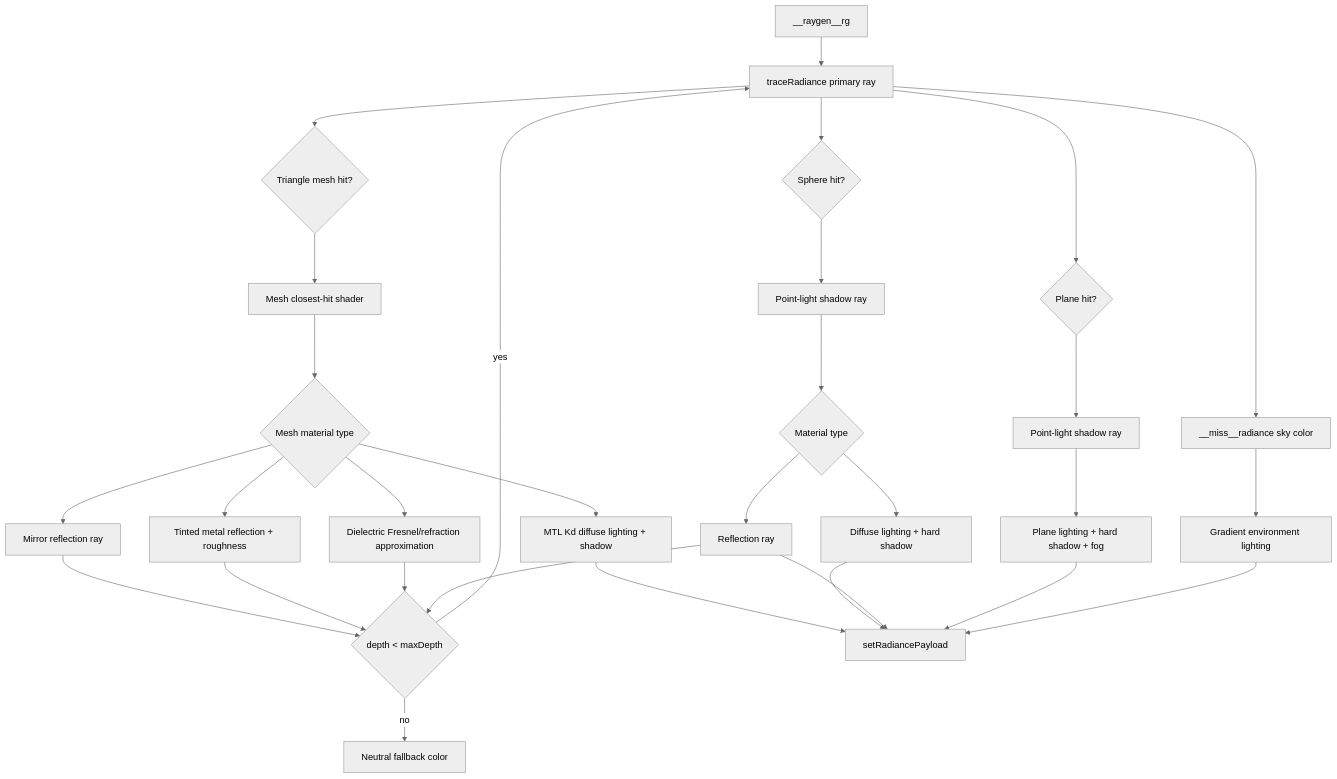
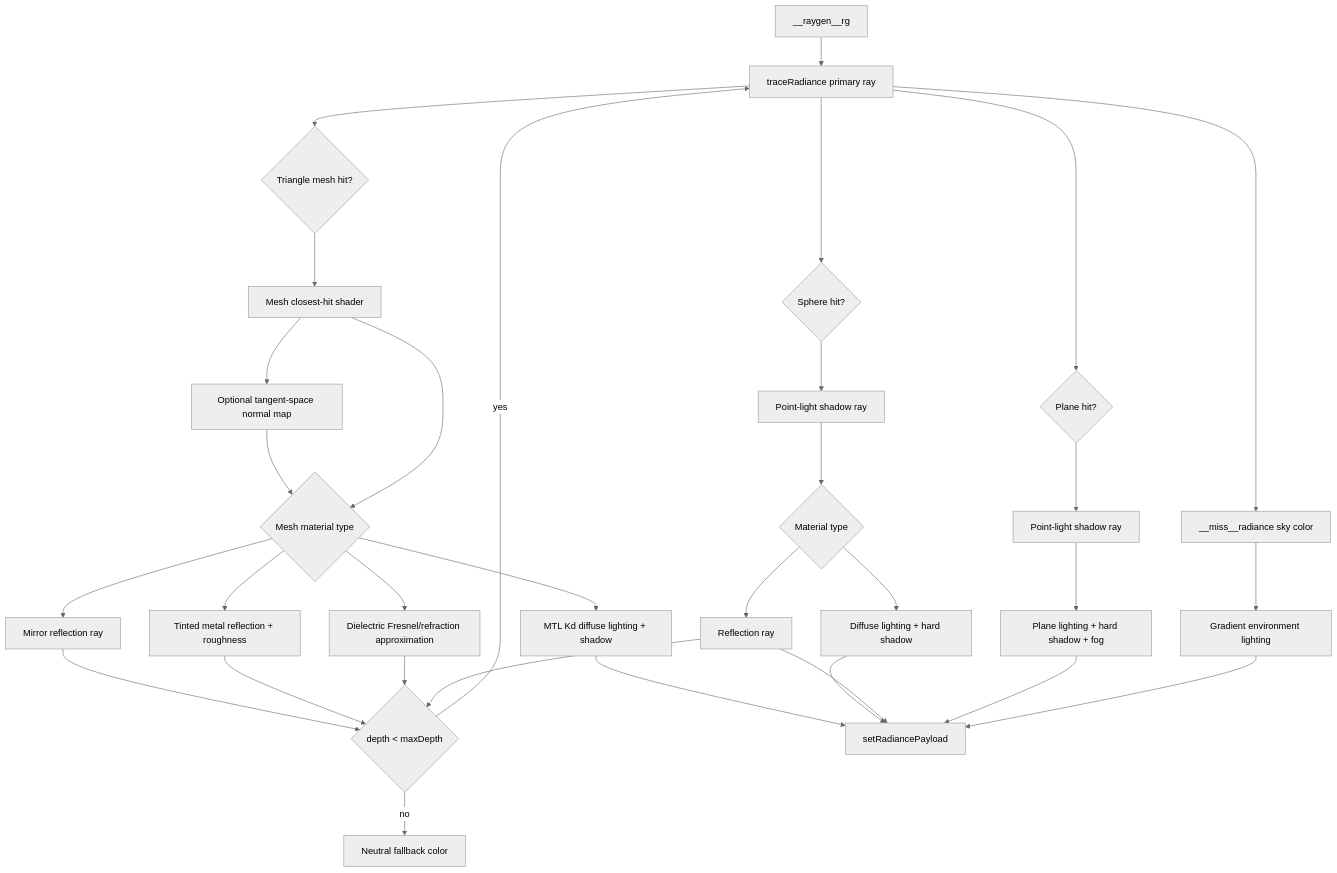
Before and after one commit to Tundraws/RayTracer: the third of 4 diagrams in RayTracerRTX/docs/architecture.md, drawn with Mermaid (neutral theme). The commit also changed other lines of this file and 19 other files, not shown here.

````diff
--- a/RayTracerRTX/docs/architecture.md
+++ b/RayTracerRTX/docs/architecture.md
@@ -70,32 +72,34 @@
 ```mermaid
 flowchart TD
     RG["__raygen__rg"] --> Primary["traceRadiance primary ray"]
     Primary --> HitSphere{"Sphere hit?"}
     Primary --> HitMesh{"Triangle mesh hit?"}
     Primary --> HitPlane{"Plane hit?"}
     Primary --> Miss["__miss__radiance sky color"]
     Miss --> Environment["Gradient environment lighting"]
     HitSphere --> Shadow["Point-light shadow ray"]
     HitMesh --> MeshClosestHit["Mesh closest-hit shader"]
+    MeshClosestHit --> NormalMap["Optional tangent-space normal map"]
+    NormalMap --> MeshMaterial
     MeshClosestHit --> MeshMaterial{"Mesh material type"}
     MeshMaterial --> MeshDiffuse["MTL Kd diffuse lighting + shadow"]
     MeshMaterial --> MeshMirror["Mirror reflection ray"]
     MeshMaterial --> MeshMetal["Tinted metal reflection + roughness"]
     MeshMaterial --> MeshGlass["Dielectric Fresnel/refraction approximation"]
     MeshMirror --> Depth
     MeshMetal --> Depth
     MeshGlass --> Depth
     MeshDiffuse --> Output
     Shadow --> Material{"Material type"}
     Material --> Diffuse["Diffuse lighting + hard shadow"]
     Material --> Mirror["Reflection ray"]
     Mirror --> Depth{"depth < maxDepth"}
     Depth -->|yes| Primary
     Depth -->|no| Fallback["Neutral fallback color"]
     HitPlane --> PlaneShadow["Point-light shadow ray"]
     PlaneShadow --> PlaneLight["Plane lighting + hard shadow + fog"]
     Diffuse --> Output["setRadiancePayload"]
     Mirror --> Output
     PlaneLight --> Output
     Environment --> Output
 ```
````
